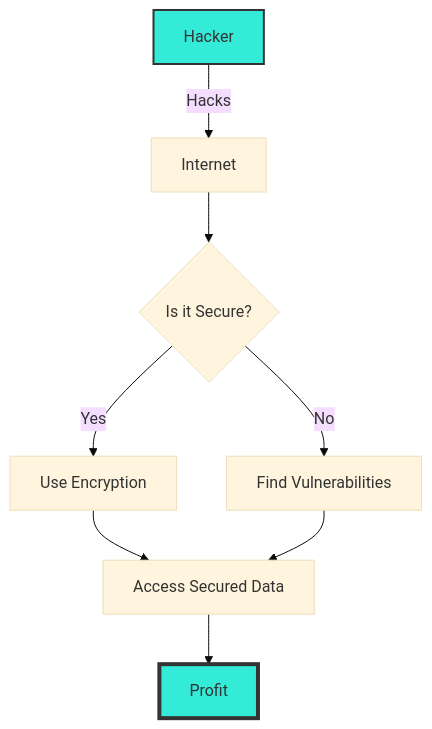
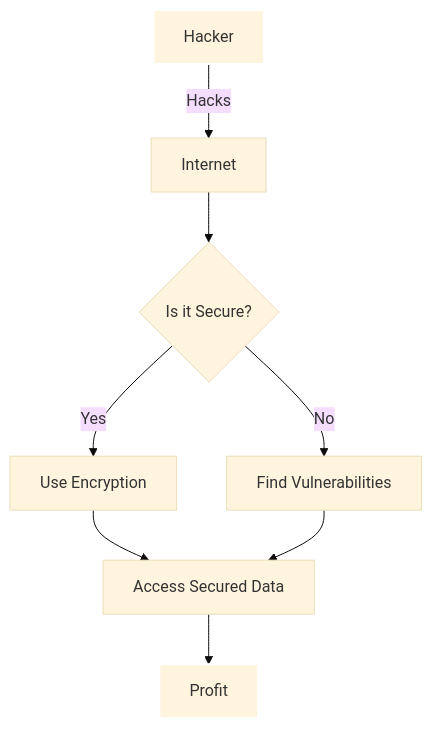
Before and after one commit to jeroenrinzema/github: the diagram in README.md, drawn with Mermaid (base theme).

Commit message:
chore: updated styling

````diff
--- a/README.md
+++ b/README.md
@@ -9,12 +9,12 @@
 ```mermaid
 graph TD
     A[Hacker] -->|Hacks| B[Internet]
     B --> C{Is it Secure?}
     C -->|Yes| D[Use Encryption]
     C -->|No| E[Find Vulnerabilities]
     D --> F[Access Secured Data]
     E --> F
     F --> G[Profit]
-    style A fill:#34ebd8,stroke:#333,stroke-width:2px
-    style G fill:#34ebd8,stroke:#333,stroke-width:4px
+    style A stroke:#fff,stroke-width:2px
+    style G stroke:#fff,stroke-width:2px
 ```
````
